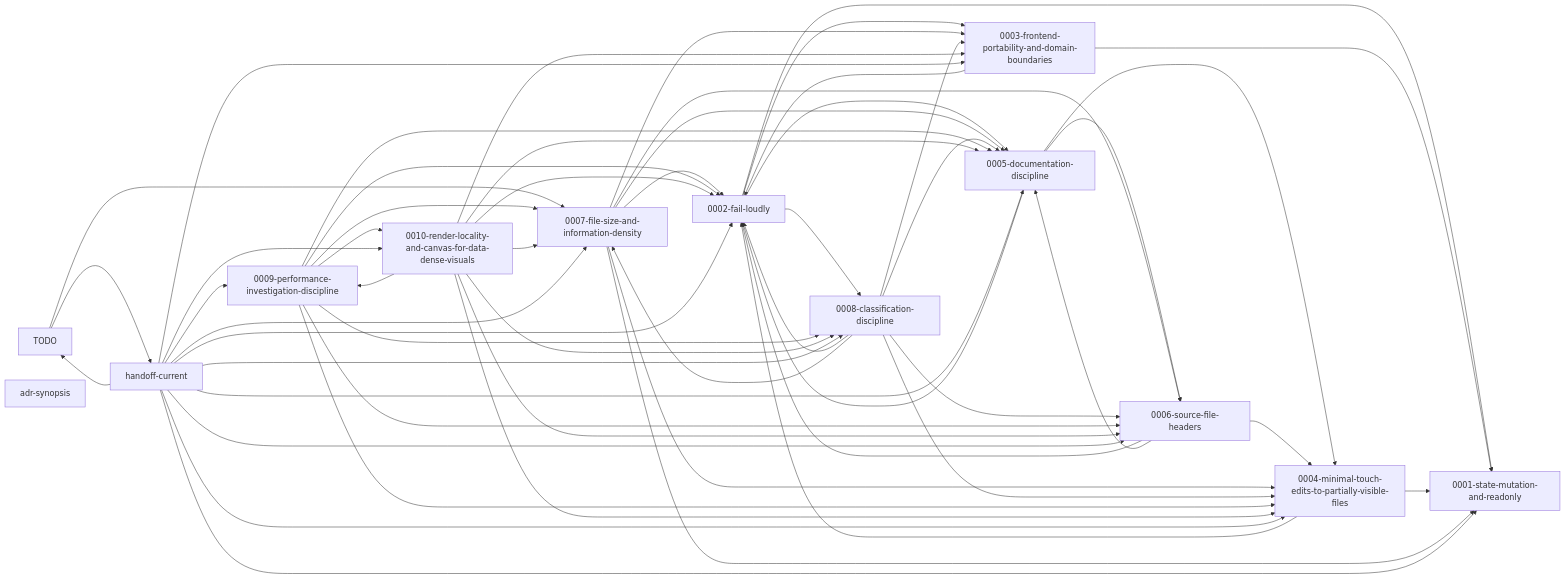
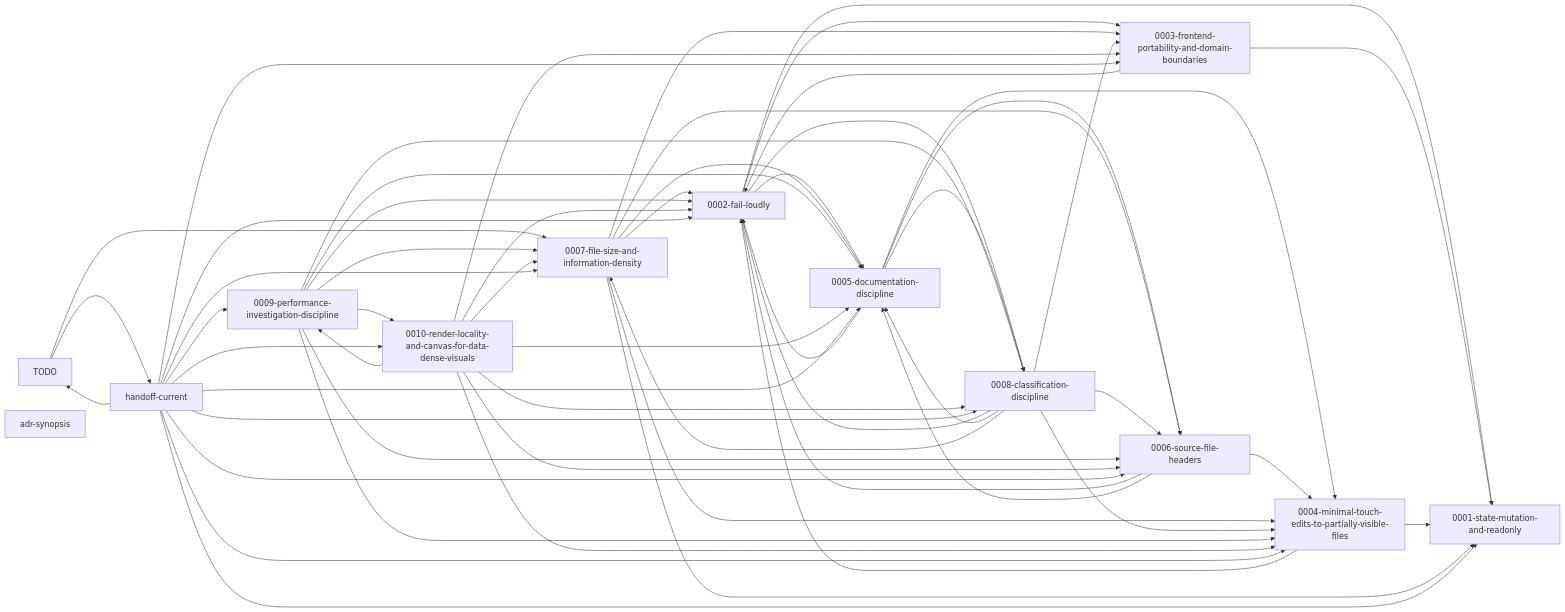
The diagram in docs/doc-graph.md (KodBena/LengYue), drawn with Mermaid before and after one commit. The commit also changed other lines of this file and 4 other files, not shown here.

````diff
--- a/docs/doc-graph.md
+++ b/docs/doc-graph.md
@@ -81,70 +81,71 @@
 ```mermaid
 flowchart LR
   n0["TODO"]
   n1["adr-synopsis"]
   n2["0001-state-mutation-and-readonly"]
   n3["0002-fail-loudly"]
   n4["0003-frontend-portability-and-domain-boundaries"]
   n5["0004-minimal-touch-edits-to-partially-visible-files"]
   n6["0005-documentation-discipline"]
   n7["0006-source-file-headers"]
   n8["0007-file-size-and-information-density"]
   n9["0008-classification-discipline"]
   n10["0009-performance-investigation-discipline"]
   n11["0010-render-locality-and-canvas-for-data-dense-visuals"]
   n12["handoff-current"]
   n0 --> n8
   n0 --> n12
   n3 --> n2
   n3 --> n6
   n3 --> n9
   n3 --> n4
   n4 --> n2
   n4 --> n3
   n5 --> n3
   n5 --> n2
   n6 --> n3
   n6 --> n5
+  n6 --> n9
   n6 --> n7
   n7 --> n3
   n7 --> n5
   n7 --> n6
   n8 --> n3
   n8 --> n5
   n8 --> n6
   n8 --> n7
   n8 --> n2
   n8 --> n4
   n9 --> n3
   n9 --> n5
   n9 --> n6
   n9 --> n7
   n9 --> n8
   n9 --> n4
   n10 --> n3
   n10 --> n5
   n10 --> n6
   n10 --> n7
   n10 --> n8
   n10 --> n9
   n10 --> n11
   n11 --> n3
   n11 --> n5
   n11 --> n6
   n11 --> n7
   n11 --> n8
   n11 --> n9
   n11 --> n10
   n11 --> n4
   n12 --> n4
   n12 --> n2
   n12 --> n3
   n12 --> n5
   n12 --> n6
   n12 --> n7
   n12 --> n8
   n12 --> n9
   n12 --> n10
   n12 --> n11
   n12 --> n0
 ```
````
